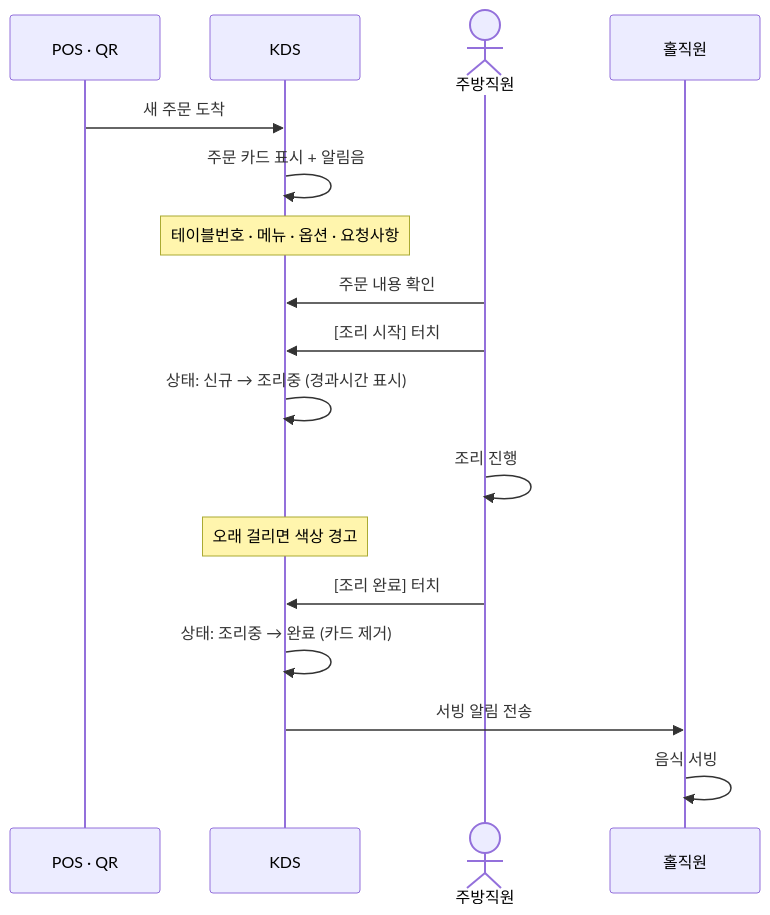
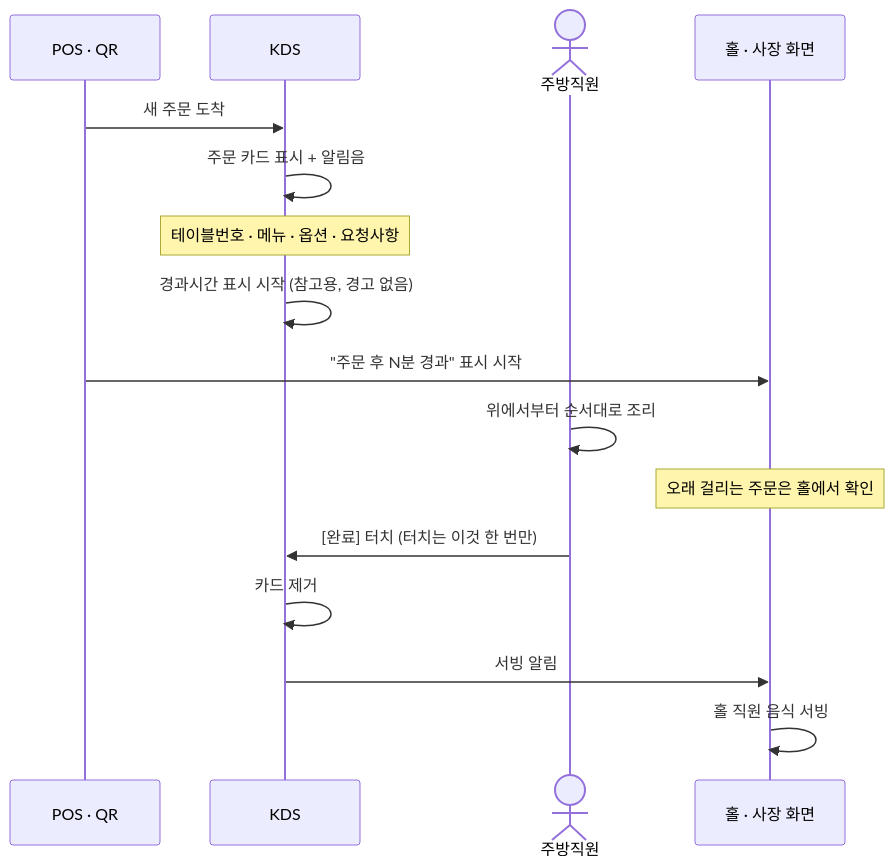
The fourth of 12 diagrams in docs/08-workflow-diagrams.md (JangHyeonHo/ProjectSMS), drawn with Mermaid before and after one commit. The commit also changed other lines of this file and 1 other file, not shown here.

Commit message:
docs: simplify KDS to single-touch "done" workflow
Kitchen staff only touches "done" once — no "start cooking" step.
Elapsed time is shown as reference only, no warnings or pressure
on the kitchen. The hall/manager screen shows "N min since order"
so they can check on delayed orders themselves. KDS is a status
tool for the hall, not a pressure tool for the kitchen.

https://claude.ai/code/session_01LMF9EHksrqDvV5KWNKKqwK

````diff
--- a/docs/08-workflow-diagrams.md
+++ b/docs/08-workflow-diagrams.md
@@ -119,23 +120,22 @@
 ```mermaid
 sequenceDiagram
     participant POS/QR as POS · QR
     participant KDS
     actor 주방직원
-    participant 홀직원
+    participant 홀화면 as 홀 · 사장 화면
 
     POS/QR->>KDS: 새 주문 도착
     KDS->>KDS: 주문 카드 표시 + 알림음
     Note over KDS: 테이블번호 · 메뉴 · 옵션 · 요청사항
+    KDS->>KDS: 경과시간 표시 시작 (참고용, 경고 없음)
+    POS/QR->>홀화면: "주문 후 N분 경과" 표시 시작
 
-    주방직원->>KDS: 주문 내용 확인
-    주방직원->>KDS: [조리 시작] 터치
-    KDS->>KDS: 상태: 신규 → 조리중 (경과시간 표시)
+    주방직원->>주방직원: 위에서부터 순서대로 조리
 
-    주방직원->>주방직원: 조리 진행
-    Note over KDS: 오래 걸리면 색상 경고
+    Note over 홀화면: 오래 걸리는 주문은 홀에서 확인
 
-    주방직원->>KDS: [조리 완료] 터치
-    KDS->>KDS: 상태: 조리중 → 완료 (카드 제거)
-    KDS->>홀직원: 서빙 알림 전송
-    홀직원->>홀직원: 음식 서빙
+    주방직원->>KDS: [완료] 터치 (터치는 이것 한 번만)
+    KDS->>KDS: 카드 제거
+    KDS->>홀화면: 서빙 알림
+    홀화면->>홀화면: 홀 직원 음식 서빙
 ```
````
